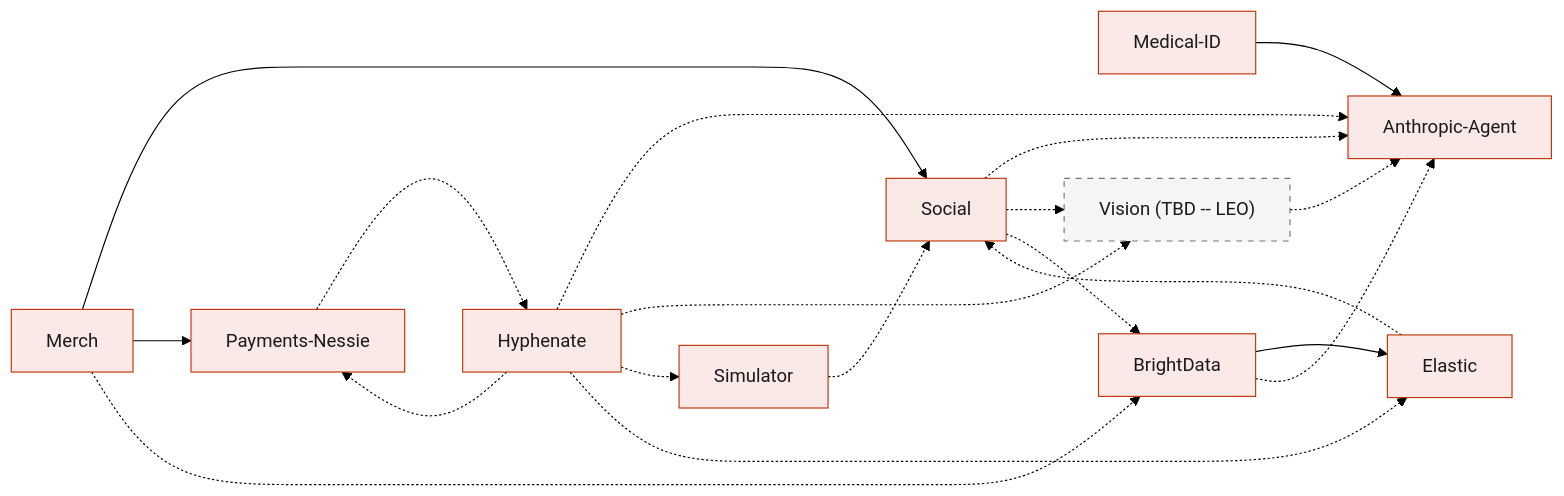
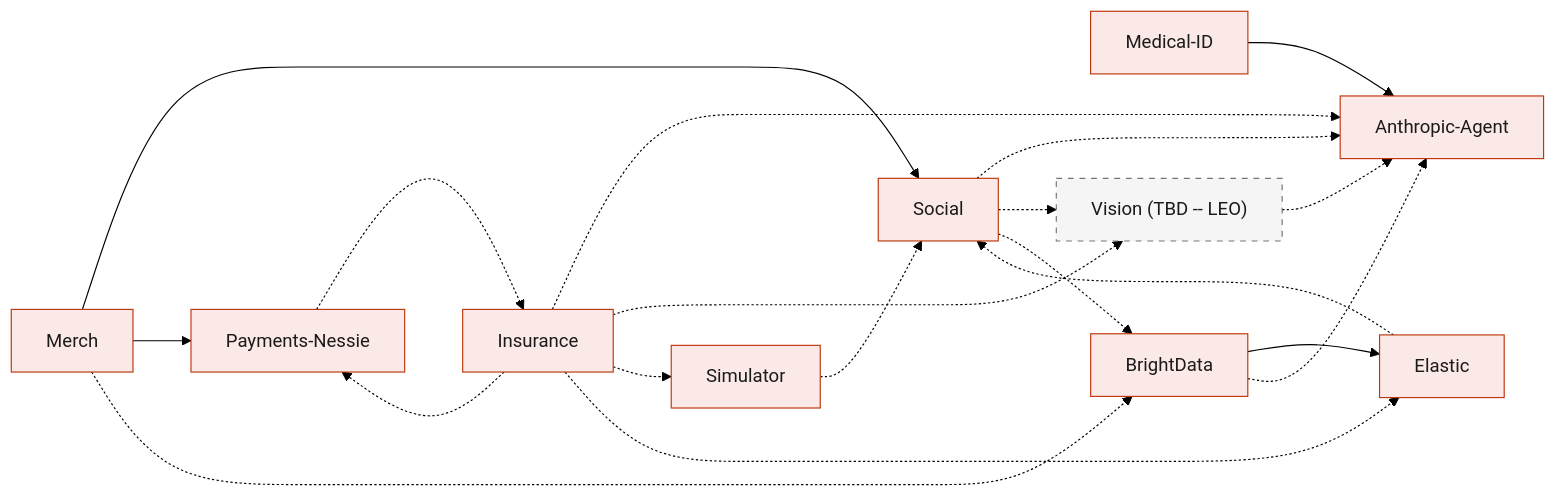
Before and after one commit to viktorinkov/cal-hacks-13: the diagram in System Design/README.md, drawn with Mermaid (forest theme). The commit also changed other lines of this file and 20 other files, not shown here.

Commit message:
Organizer decides every claim; Hyphenate.md is now Insurance.md

````diff
--- a/System Design/README.md
+++ b/System Design/README.md
@@ -59,37 +59,37 @@
 ```mermaid
 flowchart LR
   Merch["Merch"]
-  Hyp["Hyphenate"]
+  Hyp["Insurance"]
   Soc["Social"]
   Ela["Elastic"]
   Med["Medical-ID"]
   AI["Anthropic-Agent"]
   BD["BrightData"]
   Pay["Payments-Nessie"]
   Vision["Vision (TBD -- LEO)"]
   Sim["Simulator"]
 
   Merch --> Soc
   Merch --> Pay
   Merch -.-> BD
   Pay -.-> Hyp
   Hyp -.-> Pay
   Hyp -.-> AI
   Hyp -.-> Vision
   Hyp -.-> Sim
   Hyp -.-> Ela
   Med --> AI
   Soc -.-> AI
   Soc -.-> Vision
   Soc -.-> BD
   Sim -.-> Soc
   BD --> Ela
   BD -.-> AI
   Ela -.-> Soc
   Vision -.-> AI
 
   classDef rust fill:#FBE9E7,stroke:#BF360C,color:#1A1A1A
   classDef tbd fill:#F5F5F5,stroke:#757575,color:#1A1A1A,stroke-dasharray:5 5
   class Merch,Hyp,Soc,Ela,Med,AI,BD,Pay,Sim rust
   class Vision tbd
 ```
````
